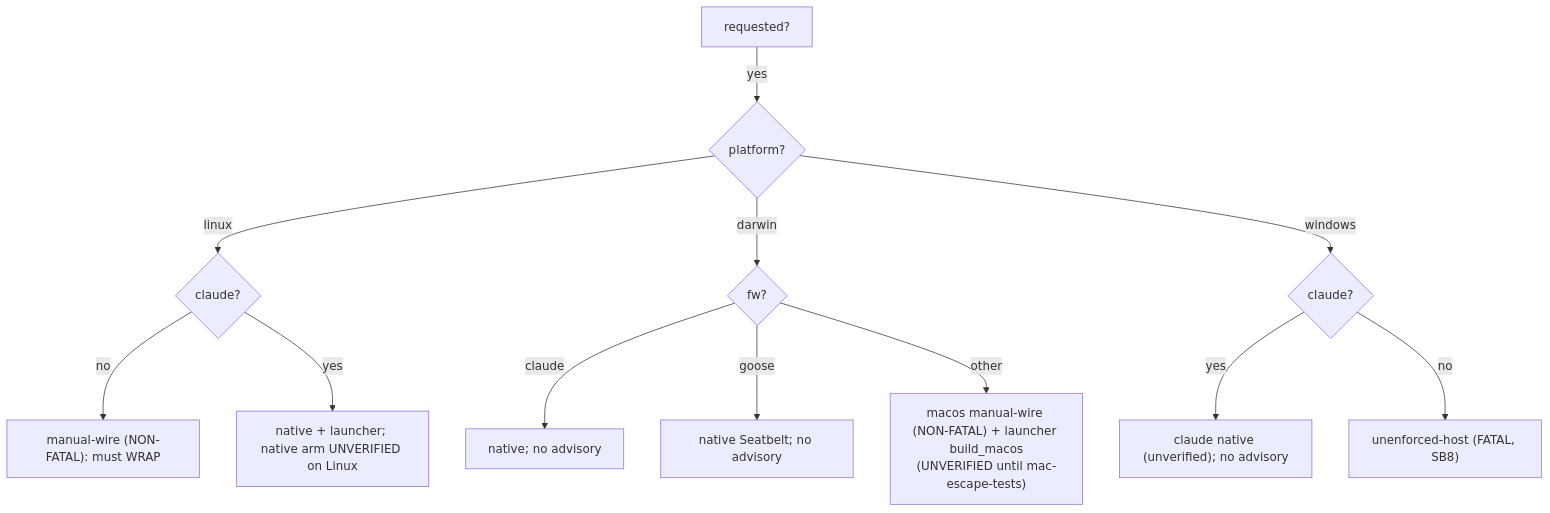
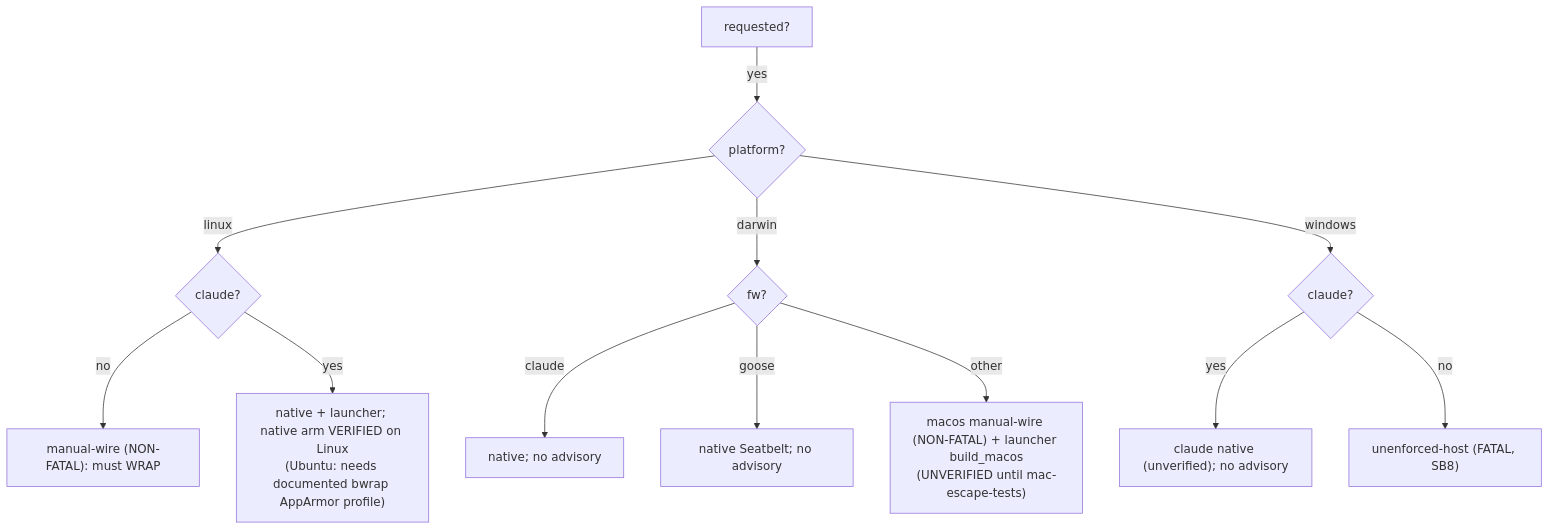
The diagram in docs_src/agentteams-sandboxing-guide/for-researchers/part-iii-the-decision.md (jlcatonjr/agentteams), drawn with Mermaid before and after one commit. The commit also changed 26 other files, not shown here.

First line of the commit message:
docs(sandbox): mark the Claude Code sandbox arm verified on Linux (with its AppArmor precondition) (#82)

````diff
--- a/docs_src/agentteams-sandboxing-guide/for-researchers/part-iii-the-decision.md
+++ b/docs_src/agentteams-sandboxing-guide/for-researchers/part-iii-the-decision.md
@@ -24,14 +24,14 @@
 ```mermaid
 flowchart TD
     Q[requested?] -->|yes| P{platform?}
     P -->|linux| FW{claude?}
     FW -->|no| ML["manual-wire (NON-FATAL): must WRAP"]
-    FW -->|yes| CN["native + launcher; native arm UNVERIFIED on Linux"]
+    FW -->|yes| CN["native + launcher; native arm VERIFIED on Linux<br/>(Ubuntu: needs documented bwrap AppArmor profile)"]
     P -->|darwin| DF{fw?}
     DF -->|claude| CNd["native; no advisory"]
     DF -->|goose| SBn["native Seatbelt; no advisory"]
     DF -->|other| MM["macos manual-wire (NON-FATAL) + launcher build_macos<br/>(UNVERIFIED until mac-escape-tests)"]
     P -->|windows| WF{claude?}
     WF -->|yes| CWr["claude native (unverified); no advisory"]
     WF -->|no| UH["unenforced-host (FATAL, SB8)"]
 ```
````
